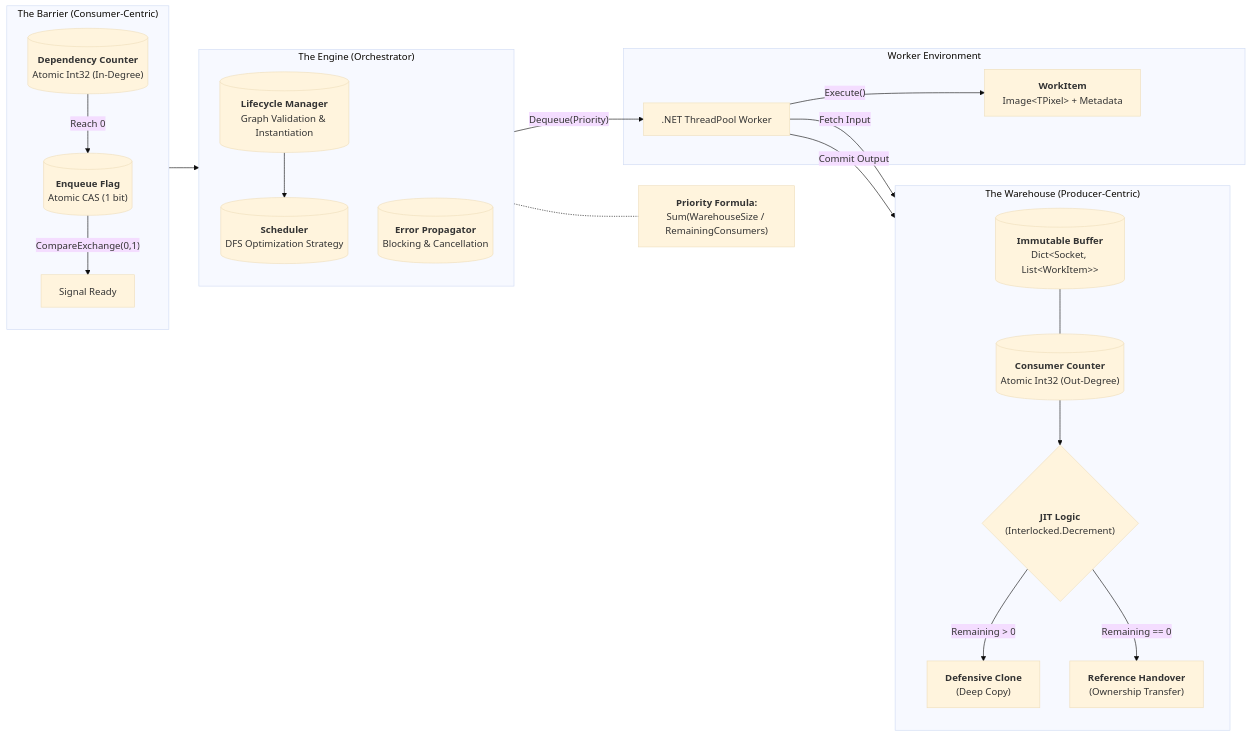
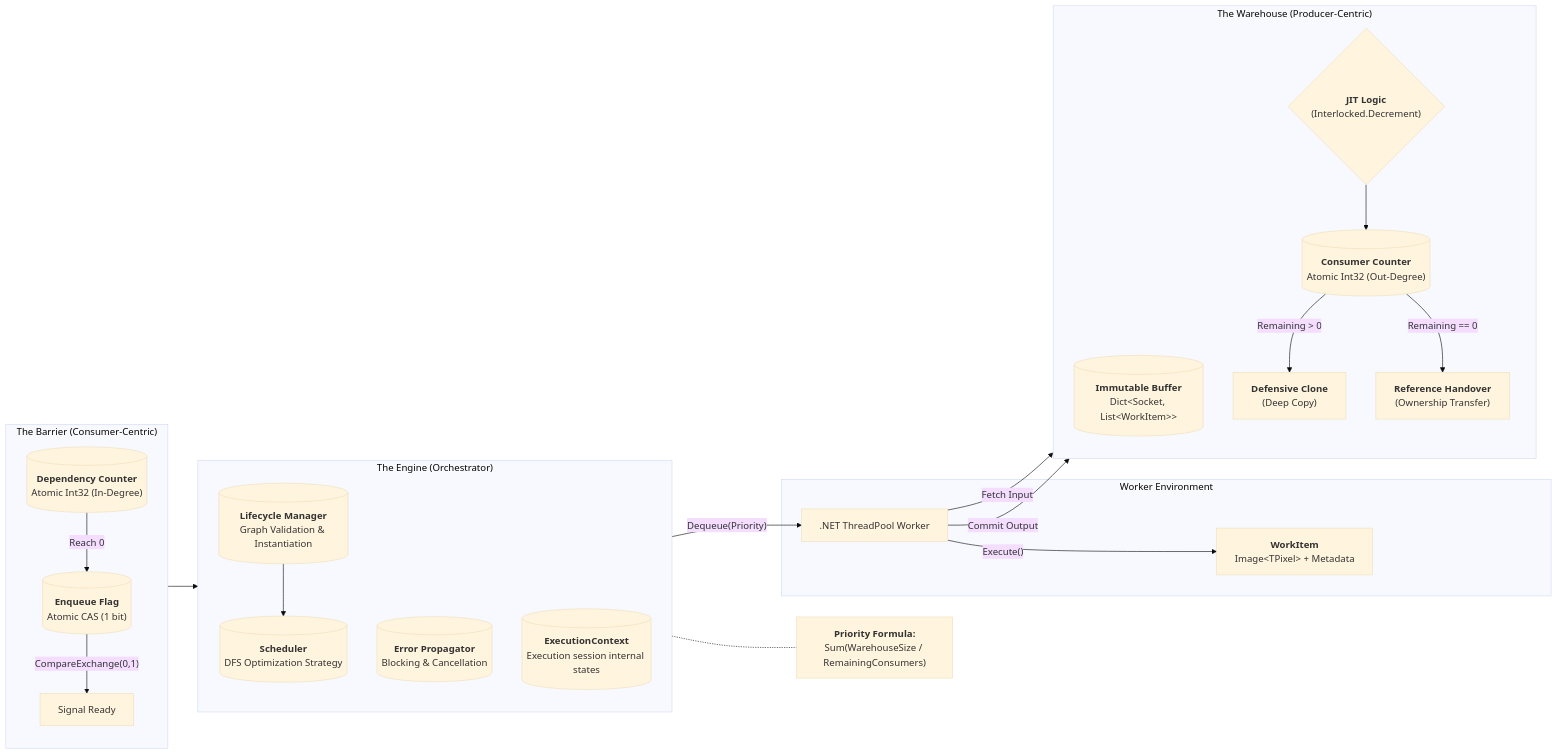
Before and after one commit to IT008-2025-Nhom20/ImageAutomate: the second of 4 diagrams in docs/design/ExecutionEngine.md, drawn with Mermaid (base theme).

Commit message:
Revise Diagram B2

````diff
--- a/docs/design/ExecutionEngine.md
+++ b/docs/design/ExecutionEngine.md
@@ -665,47 +665,49 @@
 ```mermaid
 flowchart LR
     subgraph Orchestrator ["The Engine (Orchestrator)"]
         direction TB
         Lifecycle[("<b>Lifecycle Manager</b><br/>Graph Validation & Instantiation")]
         Scheduler[("<b>Scheduler</b><br/>DFS Optimization Strategy")]
         ErrorHandler[("<b>Error Propagator</b><br/>Blocking & Cancellation")]
+        Context[("<b>ExecutionContext</b><br/>Execution session internal states")]
 
         Lifecycle --> Scheduler
+    end
+
+    subgraph Execution ["Worker Environment"]
+        Thread[".NET ThreadPool Worker"]
+        WorkItem["<b>WorkItem</b><br/>Image&lt;TPixel&gt; + Metadata"]
     end
 
     subgraph Storage ["The Warehouse (Producer-Centric)"]
         direction TB
         Buffer[("<b>Immutable Buffer</b><br/>Dict&lt;Socket, List&lt;WorkItem&gt;&gt;")]
         ConsCounter[("<b>Consumer Counter</b><br/>Atomic Int32 (Out-Degree)")]
         JITLogic{"<b>JIT Logic</b><br/>(Interlocked.Decrement)"}
 
-        Buffer --- ConsCounter
-        ConsCounter --> JITLogic
-        JITLogic -- "Remaining > 0" --> Clone["<b>Defensive Clone</b><br/>(Deep Copy)"]
-        JITLogic -- "Remaining == 0" --> Move["<b>Reference Handover</b><br/>(Ownership Transfer)"]
+        Buffer
+        JITLogic --> ConsCounter
+        ConsCounter -- "Remaining > 0" --> Clone["<b>Defensive Clone</b><br/>(Deep Copy)"]
+        ConsCounter -- "Remaining == 0" --> Move["<b>Reference Handover</b><br/>(Ownership Transfer)"]
+
     end
 
     subgraph Synchronization ["The Barrier (Consumer-Centric)"]
         direction TB
         DepCounter[("<b>Dependency Counter</b><br/>Atomic Int32 (In-Degree)")]
         EnqFlag[("<b>Enqueue Flag</b><br/>Atomic CAS (1 bit)")]
 
         DepCounter -- "Reach 0" --> EnqFlag
         EnqFlag -- "CompareExchange(0,1)" --> Signal["Signal Ready"]
-    end
-
-    subgraph Execution ["Worker Environment"]
-        Thread[".NET ThreadPool Worker"]
-        WorkItem["<b>WorkItem</b><br/>Image&lt;TPixel&gt; + Metadata"]
     end
 
     %% Interactions
     Signal --> Scheduler
     Scheduler -- "Dequeue(Priority)" --> Thread
     Thread -- "Execute()" --> WorkItem
     Thread -- "Fetch Input" --> JITLogic
     Thread -- "Commit Output" --> Buffer
 
     %% Priority Logic Note
     Scheduler -.- PriorityNote["<b>Priority Formula:</b><br/>Sum(WarehouseSize / RemainingConsumers)"]
 ```
````
